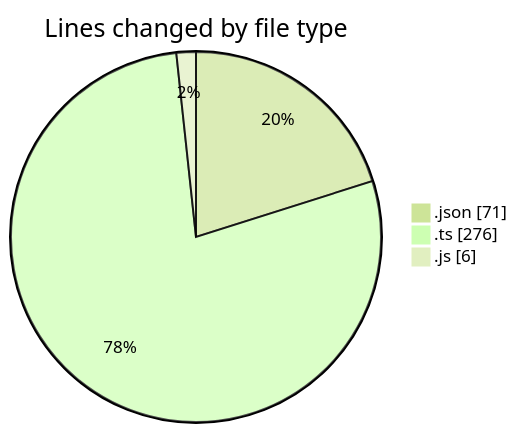
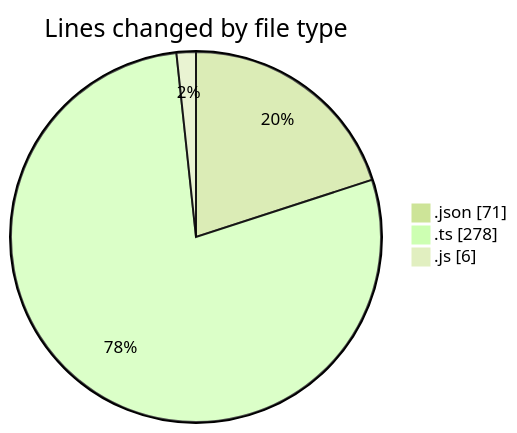
Before and after one commit to momahboobian/code-tracking: the first of 2 diagrams in 2025-02-06/cda/README.md, drawn with Mermaid (forest theme). The commit also changed other lines of this file and 1 other file, not shown here.

````diff
--- a/2025-02-06/cda/README.md
+++ b/2025-02-06/cda/README.md
@@ -25,7 +25,7 @@
 ```mermaid
 pie showData
 title Lines changed by file type
 ".json" : 71
-".ts" : 276
+".ts" : 278
 ".js" : 6
 ```
````
